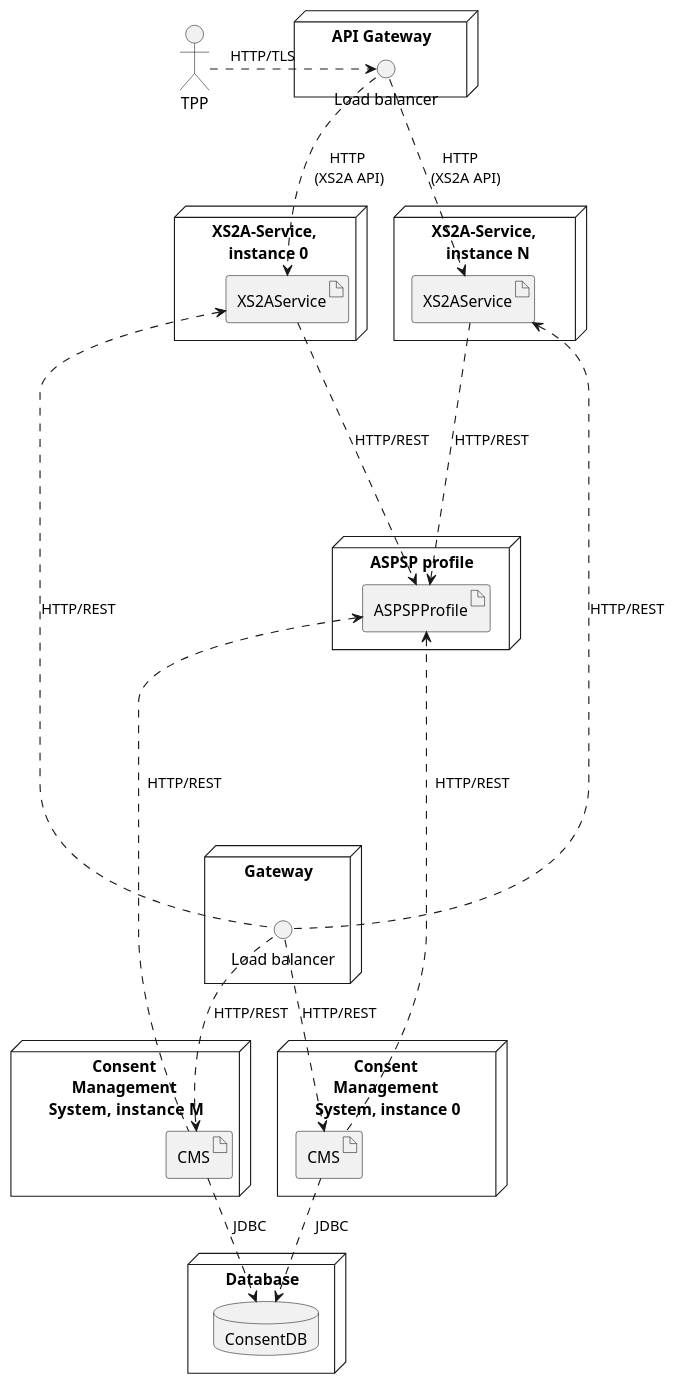
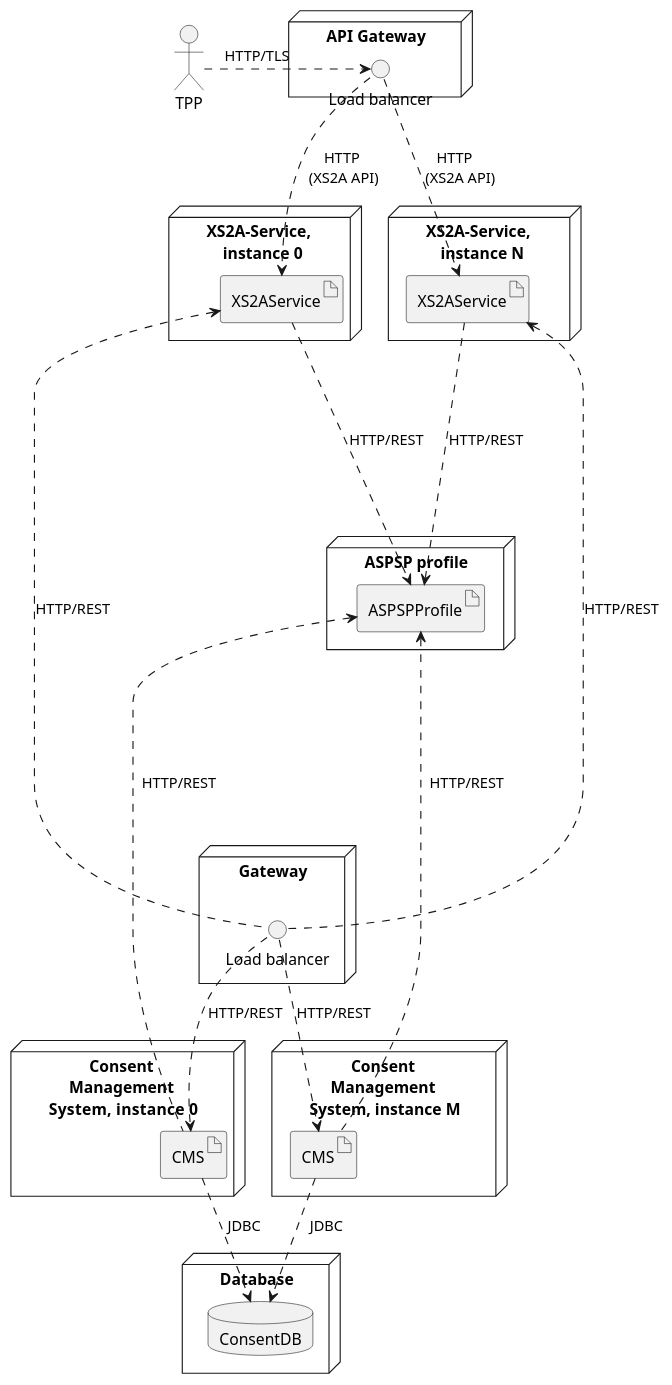
The diagram in doc/architecture/diagrams/07_multiinstance_single_aspsp_and_multi_cms_deployment.puml (adorsys/xs2a), drawn with PlantUML before and after one commit. The commit also changed 1 other file, not shown here.

Commit message:
#1743 diagrams fix

```diff
--- a/doc/architecture/diagrams/07_multiinstance_single_aspsp_and_multi_cms_deployment.puml
+++ b/doc/architecture/diagrams/07_multiinstance_single_aspsp_and_multi_cms_deployment.puml
@@ -1,56 +1,56 @@
 @startuml
 
 actor TPP
 
 node "API Gateway" as node_gw {
     interface "Load balancer" as lb_0
 }
 
 TPP .> lb_0: "HTTP/TLS                "
 
 node "ASPSP profile" {
     artifact ASPSPProfile
 }
 
 node "XS2A-Service, \n instance N" {
     artifact XS2AService as xs2a_0
 
 lb_0 .> xs2a_0 : "HTTP         \n(XS2A API)      "
 xs2a_0 ....> ASPSPProfile: "HTTP/REST"
 }
 
 node "XS2A-Service, \n instance 0" {
     artifact XS2AService as xs2a_1
 
 lb_0 ..> xs2a_1 : "HTTP       \n(XS2A API)      "
 xs2a_1 ....> ASPSPProfile: "HTTP/REST"
 }
 
 node "Gateway" as balancer {
     interface "Load balancer" as lb_1
 }
 
-node "Consent \nManagement \nSystem, instance 0" {
+node "Consent \nManagement \nSystem, instance M" {
     artifact CMS as cms_0
 }
 
-node "Consent \nManagement \nSystem, instance  M" {
+node "Consent \nManagement \nSystem, instance  0" {
     artifact CMS as cms_1
 }
 
 node Database {
     database ConsentDB
 }
 
 xs2a_0 <.. lb_1 : "HTTP/REST"
 xs2a_1 <.. lb_1 : "HTTP/REST"
 ASPSPProfile <..... cms_0 : "  HTTP/REST     "
 ASPSPProfile <..... cms_1 : "  HTTP/REST    "
 
 lb_1 ..> cms_0 : "HTTP/REST"
 lb_1 ..> cms_1 : "HTTP/REST"
 
 cms_0 ..> ConsentDB: "  JDBC  "
 cms_1 ..> ConsentDB: " JDBC      "
 
 @enduml
```
